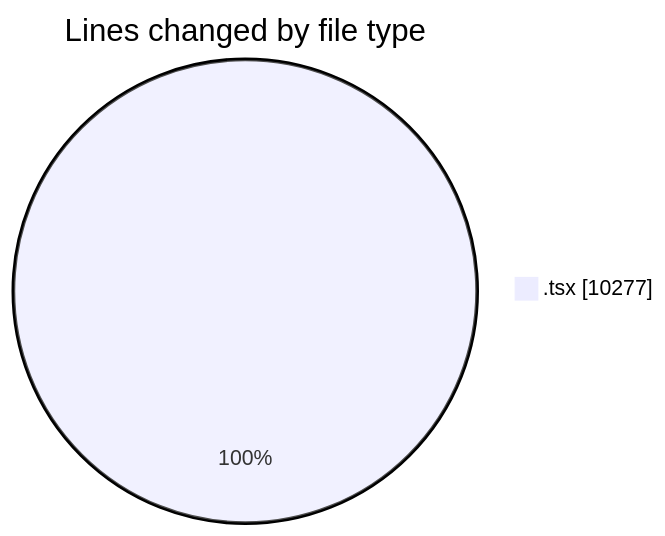
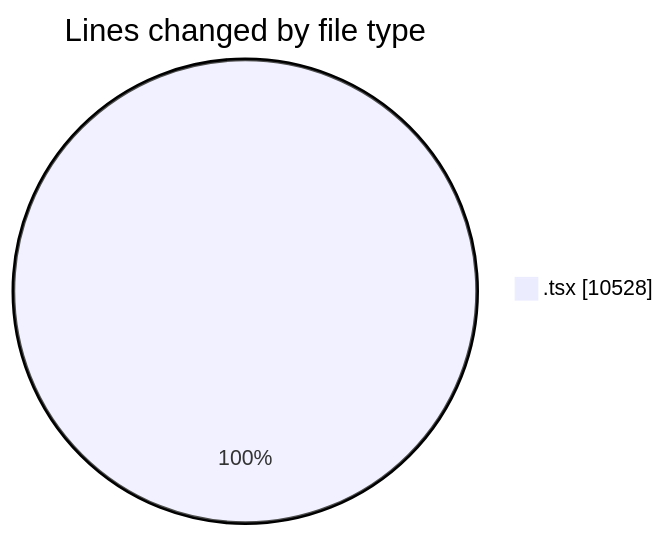
The first of 2 diagrams in 2026-06-17/nxtqube_webapp/README.md (nxtqubesakshisongat/code-tracking), drawn with Mermaid before and after one commit. The commit also changed other lines of this file and 1 other file, not shown here.

````diff
--- a/2026-06-17/nxtqube_webapp/README.md
+++ b/2026-06-17/nxtqube_webapp/README.md
@@ -34,5 +35,5 @@
 ```mermaid
 pie showData
 title Lines changed by file type
-".tsx" : 10277
+".tsx" : 10528
 ```
````
